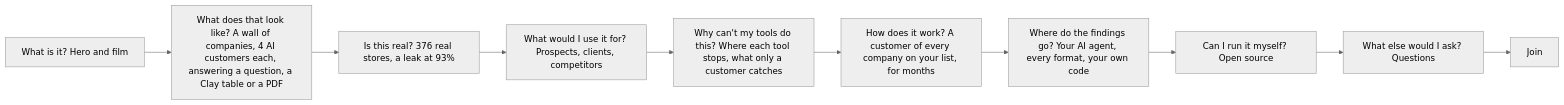
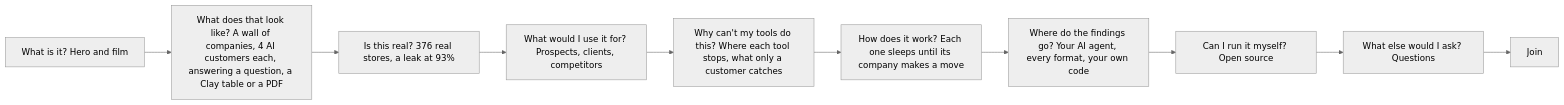
One commit to UseObsession/homepage changed the second of 2 diagrams in COPY.md. Above: the diagram before and after it, drawn with Mermaid (neutral theme). The commit also changed other lines of this file and 2 other files, not shown here.

First line of the commit message:
Home headings: each answers its own question, and only the wall names AI customers

````diff
--- a/COPY.md
+++ b/COPY.md
@@ -163,11 +163,11 @@
 ```mermaid
 flowchart LR
   a["What is it? Hero and film"] --> l["What does that look like? A wall of companies, 4 AI customers each, answering a question, a Clay table or a PDF"]
   l --> b["Is this real? 376 real stores, a leak at 93%"]
   b --> e["What would I use it for? Prospects, clients, competitors"]
   e --> d["Why can't my tools do this? Where each tool stops, what only a customer catches"]
-  d --> c["How does it work? A customer of every company on your list, for months"]
+  d --> c["How does it work? Each one sleeps until its company makes a move"]
   c --> c2["Where do the findings go? Your AI agent, every format, your own code"]
   c2 --> o["Can I run it myself? Open source"]
   o --> j["What else would I ask? Questions"] --> k["Join"]
 ```
````
